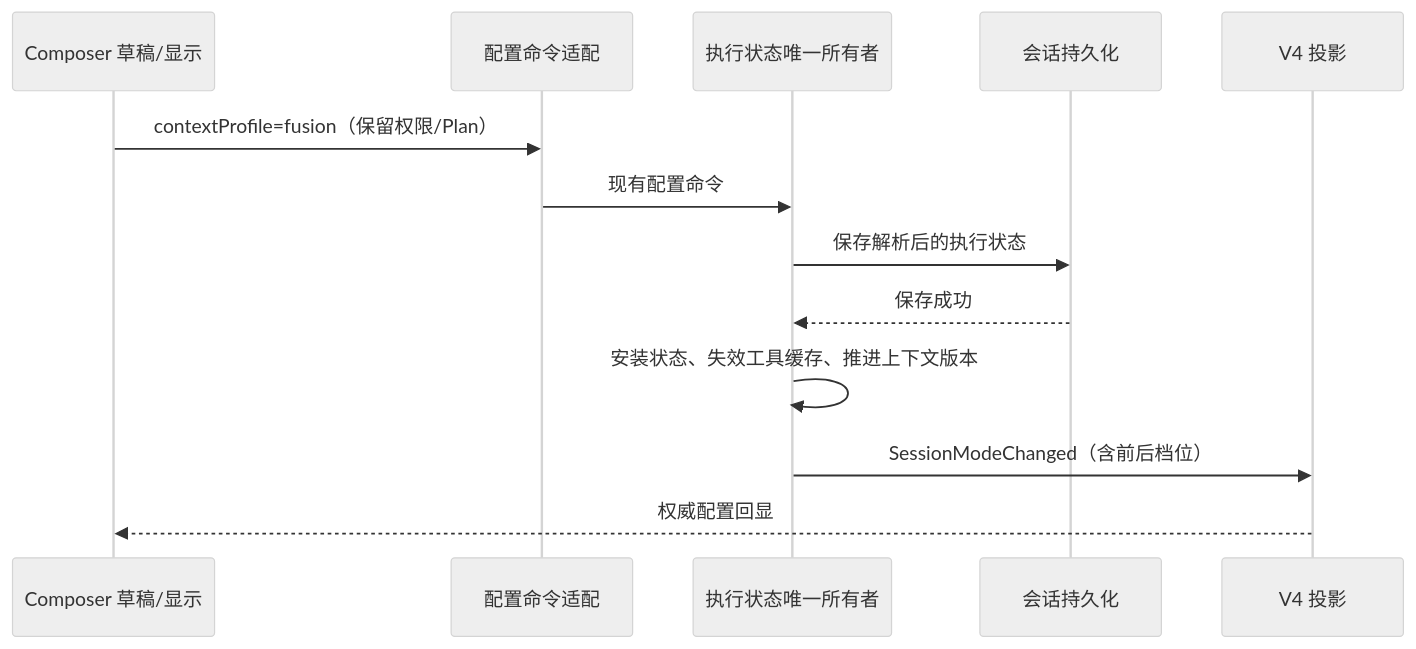
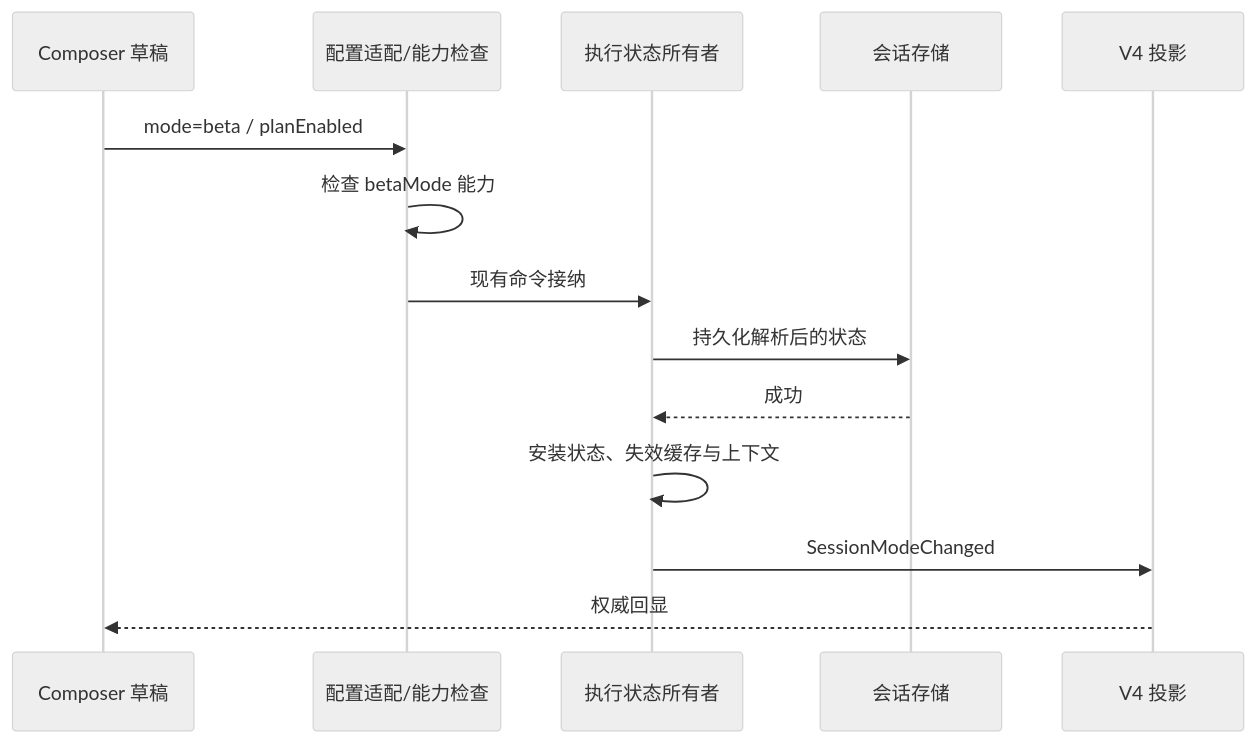
The diagram in apps/zcode-cli/docs/design/v2/loop/fusion-context-profile.md (qianmeng406/ZCode), drawn with Mermaid (neutral theme) before and after one commit. The commit also changed other lines of this file and 58 other files, not shown here.

````diff
--- a/apps/zcode-cli/docs/design/v2/loop/fusion-context-profile.md
+++ b/apps/zcode-cli/docs/design/v2/loop/fusion-context-profile.md
@@ -19,15 +17,16 @@
 ```mermaid
 sequenceDiagram
-    participant UI as Composer 草稿/显示
-    participant Service as 配置命令适配
-    participant Runtime as 执行状态唯一所有者
-    participant Store as 会话持久化
+    participant UI as Composer 草稿
+    participant Service as 配置适配/能力检查
+    participant Runtime as 执行状态所有者
+    participant Store as 会话存储
     participant Projection as V4 投影
-    UI->>Service: contextProfile=fusion（保留权限/Plan）
-    Service->>Runtime: 现有配置命令
-    Runtime->>Store: 保存解析后的执行状态
-    Store-->>Runtime: 保存成功
-    Runtime->>Runtime: 安装状态、失效工具缓存、推进上下文版本
-    Runtime->>Projection: SessionModeChanged（含前后档位）
-    Projection-->>UI: 权威配置回显
+    UI->>Service: mode=beta / planEnabled
+    Service->>Service: 检查 betaMode 能力
+    Service->>Runtime: 现有命令接纳
+    Runtime->>Store: 持久化解析后的状态
+    Store-->>Runtime: 成功
+    Runtime->>Runtime: 安装状态、失效缓存与上下文
+    Runtime->>Projection: SessionModeChanged
+    Projection-->>UI: 权威回显
 ```
````
